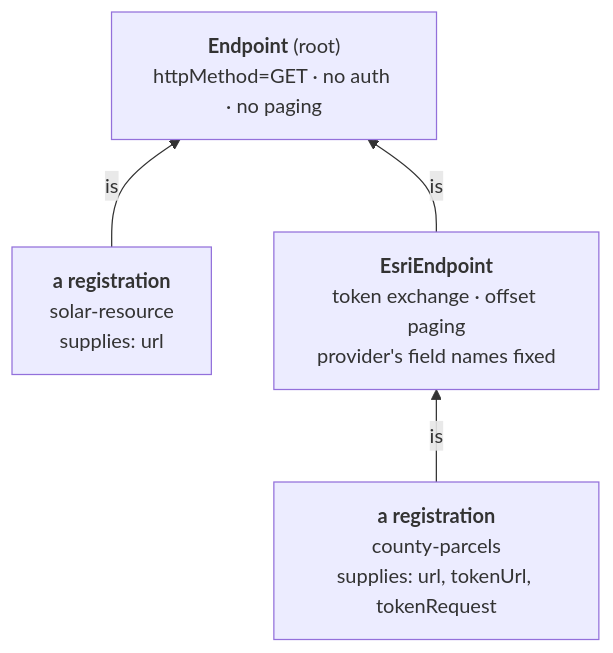
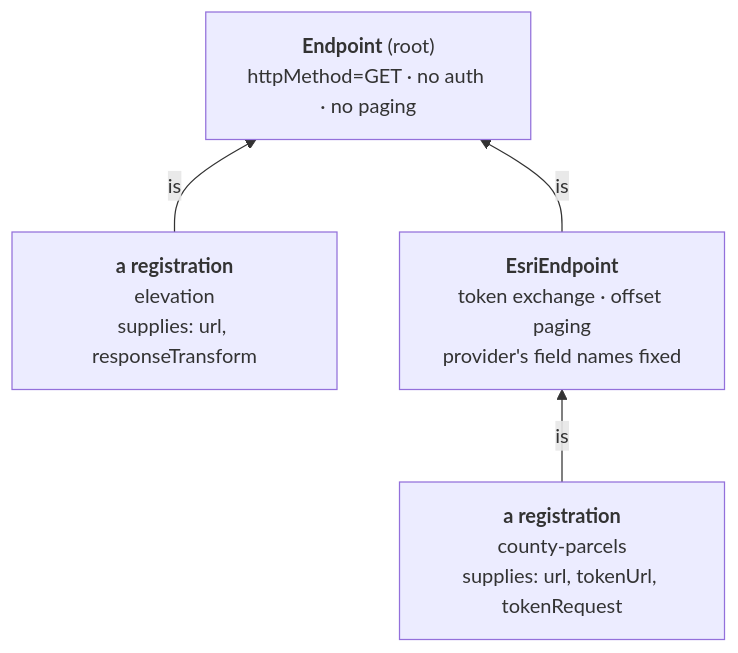
The fourth of 11 diagrams in docs/LAND_INTAKE.md (ReGen-Villages/VillageOS-API), drawn with Mermaid before and after one commit. The commit also changed other lines of this file and 1 other file, not shown here.

````diff
--- a/docs/LAND_INTAKE.md
+++ b/docs/LAND_INTAKE.md
@@ -371,10 +371,10 @@
 ```mermaid
 flowchart BT
-  R1["<b>a registration</b><br/>solar-resource<br/>supplies: url"]
+  R1["<b>a registration</b><br/>elevation<br/>supplies: url, responseTransform"]
   R2["<b>a registration</b><br/>county-parcels<br/>supplies: url, tokenUrl, tokenRequest"]
   E1["<b>Endpoint</b> (root)<br/>httpMethod=GET · no auth · no paging"]
   E2["<b>EsriEndpoint</b><br/>token exchange · offset paging<br/>provider's field names fixed"]
   R1 -->|is| E1
   R2 -->|is| E2
   E2 -->|is| E1
 ```
````
